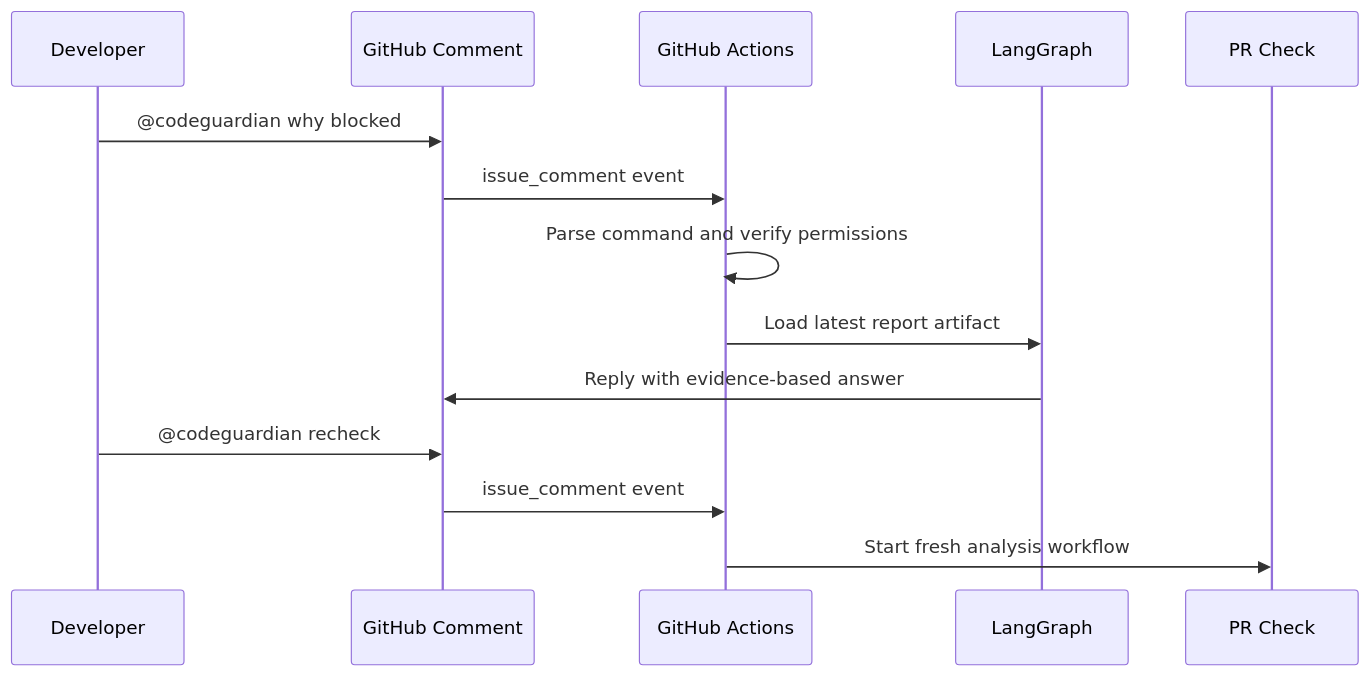
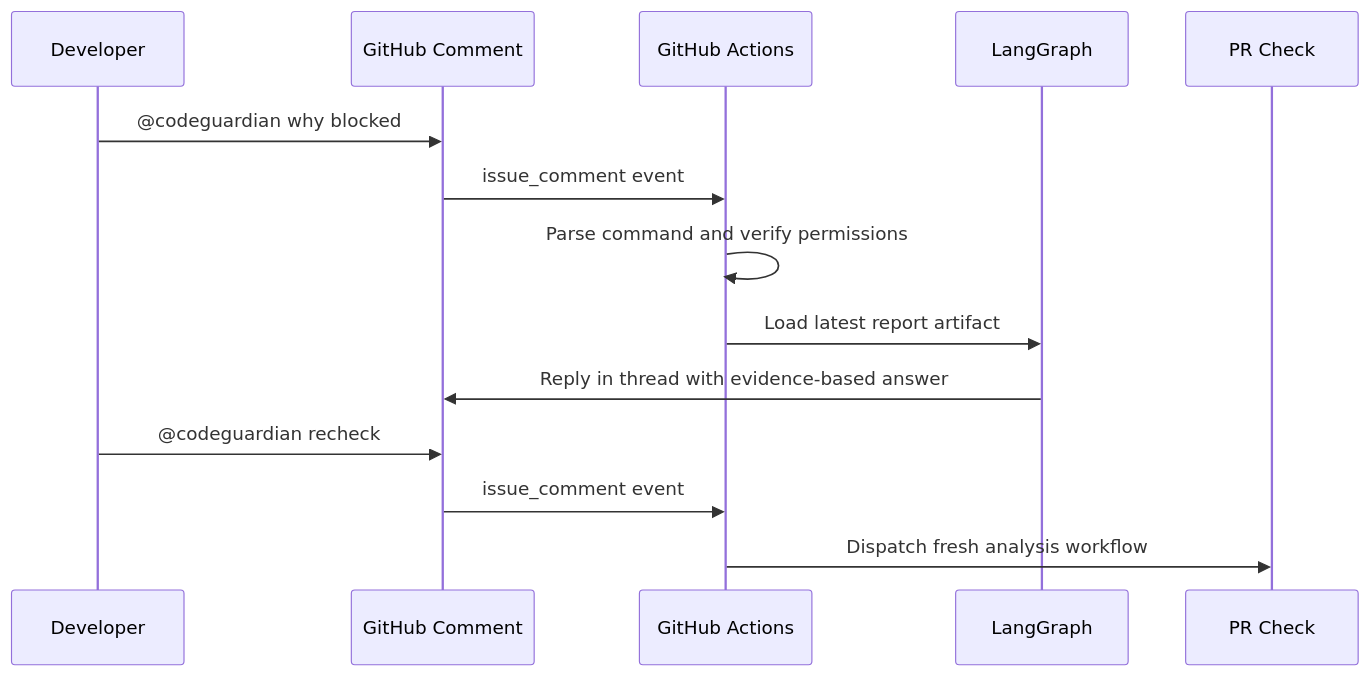
Before and after one commit to ayushkumar320/CodeGuardian: the diagram in doc/build/phase-3-pr-conversation-loop.md, drawn with Mermaid. The commit also changed other lines of this file and 9 other files, not shown here.

Commit message:
docs: align build prompts with context graph

````diff
--- a/doc/build/phase-3-pr-conversation-loop.md
+++ b/doc/build/phase-3-pr-conversation-loop.md
@@ -21,17 +21,17 @@
 ```mermaid
 sequenceDiagram
   participant Dev as Developer
   participant GH as GitHub Comment
   participant ACT as GitHub Actions
   participant LG as LangGraph
   participant PR as PR Check
 
   Dev->>GH: @codeguardian why blocked
   GH->>ACT: issue_comment event
   ACT->>ACT: Parse command and verify permissions
   ACT->>LG: Load latest report artifact
-  LG->>GH: Reply with evidence-based answer
+  LG->>GH: Reply in thread with evidence-based answer
   Dev->>GH: @codeguardian recheck
   GH->>ACT: issue_comment event
-  ACT->>PR: Start fresh analysis workflow
+  ACT->>PR: Dispatch fresh analysis workflow
 ```
````
